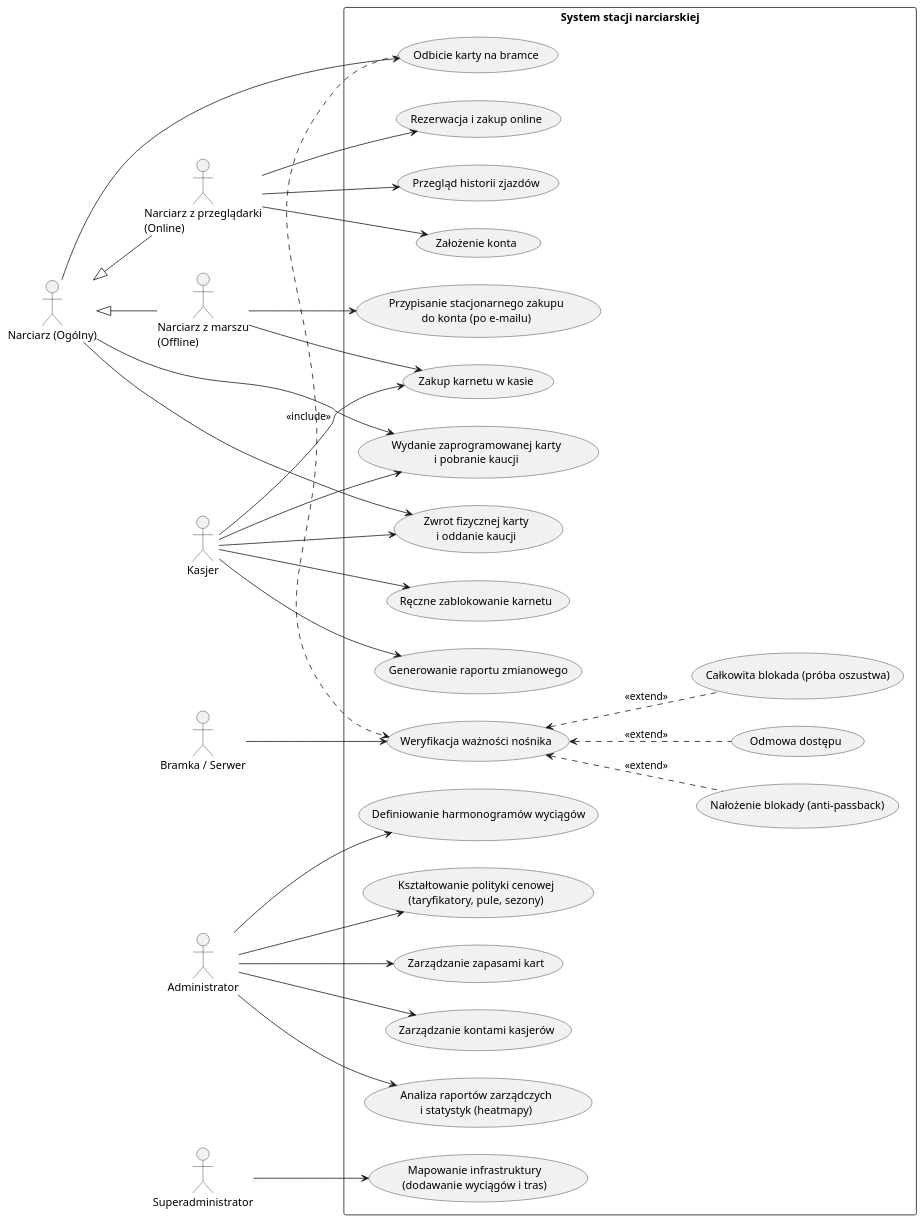
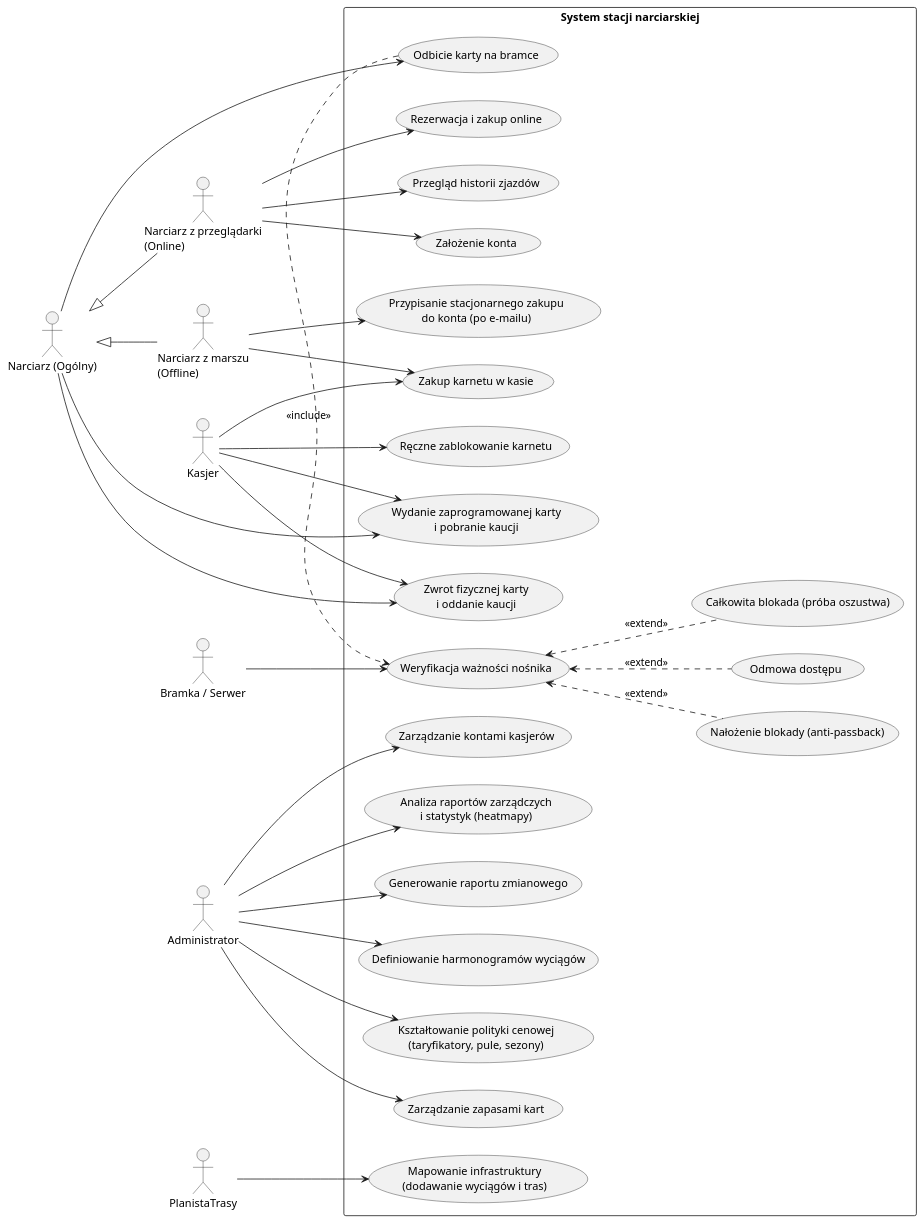
One commit to taf4you2/2026_TAB_7_WEGLORZ changed the diagram in Dokumentacja/diagram_przypadkow_uzycia.puml. Above: the diagram before and after it, drawn with PlantUML.

Commit message:
Kosmetyczna poprawka dpu

```diff
--- a/Dokumentacja/diagram_przypadkow_uzycia.puml
+++ b/Dokumentacja/diagram_przypadkow_uzycia.puml
@@ -1,90 +1,89 @@
 @startuml diagram_przypadkow_uzycia
 left to right direction
 skinparam packageStyle rectangle
 
 ' Definiuje aktorów systemu
 actor "Narciarz (Ogólny)" as Narciarz
 actor "Narciarz z przeglądarki\n(Online)" as NarciarzOnline
 actor "Narciarz z marszu\n(Offline)" as NarciarzOffline
 
 ' Ustawia dziedziczenie ról narciarzy
 NarciarzOnline -up-|> Narciarz
 NarciarzOffline -up-|> Narciarz
 
 actor "Kasjer" as Kasjer
 actor "Bramka / Serwer" as Bramka
 actor "Administrator" as Admin
-actor "Superadministrator" as SuperAdmin
+actor "PlanistaTrasy" as SuperAdmin
 
 package "System stacji narciarskiej" {
-    
+
     ' Przypadki użycia dla operacji online
     usecase "Założenie konta" as UC_Konto
     usecase "Rezerwacja i zakup online" as UC_KupOnline
     usecase "Przegląd historii zjazdów" as UC_Historia
-    
+
     ' Przypadki użycia dla operacji stacjonarnych
     usecase "Zakup karnetu w kasie" as UC_KupKasa
     usecase "Przypisanie stacjonarnego zakupu\ndo konta (po e-mailu)" as UC_Przypisz
-    
+
     usecase "Wydanie zaprogramowanej karty\ni pobranie kaucji" as UC_WydanieKarty
     usecase "Zwrot fizycznej karty\ni oddanie kaucji" as UC_ZwrotKarty
-    
+
     ' Przypadki użycia dla operacji kasjerskich
     usecase "Ręczne zablokowanie karnetu" as UC_BlokadaReczna
     usecase "Generowanie raportu zmianowego" as UC_RaportZmianowy
-    
+
     ' Przypadki użycia dla operacji na wyciągu (bramki)
     usecase "Odbicie karty na bramce" as UC_Odbicie
     usecase "Weryfikacja ważności nośnika" as UC_Weryfikacja
     usecase "Nałożenie blokady (anti-passback)" as UC_AntiPassback
     usecase "Odmowa dostępu" as UC_Odmowa
     usecase "Całkowita blokada (próba oszustwa)" as UC_BlokadaOszustwo
-    
+
     ' Przypadki użycia dla ról zarządczych
     usecase "Definiowanie harmonogramów wyciągów" as UC_Harmonogram
     usecase "Kształtowanie polityki cenowej\n(taryfikatory, pule, sezony)" as UC_Cenniki
     usecase "Zarządzanie zapasami kart" as UC_PulaKart
     usecase "Zarządzanie kontami kasjerów" as UC_KontaKasjerow
     usecase "Analiza raportów zarządczych\ni statystyk (heatmapy)" as UC_RaportyAdmin
-    
+
     usecase "Mapowanie infrastruktury\n(dodawanie wyciągów i tras)" as UC_Infrastruktura
 }
 
 ' Łączy aktorów z przypadkami użycia (Narciarz)
 NarciarzOnline --> UC_Konto
 NarciarzOnline --> UC_KupOnline
 NarciarzOnline --> UC_Historia
 
 NarciarzOffline --> UC_KupKasa
 NarciarzOffline --> UC_Przypisz
 
 Narciarz --> UC_WydanieKarty
 Narciarz --> UC_ZwrotKarty
 Narciarz --> UC_Odbicie
 
 ' Łączy aktorów z przypadkami użycia (Kasjer)
 Kasjer --> UC_KupKasa
 Kasjer --> UC_WydanieKarty
 Kasjer --> UC_ZwrotKarty
 Kasjer --> UC_BlokadaReczna
-Kasjer --> UC_RaportZmianowy
 
 ' Łączy logikę bramek
 UC_Odbicie .> UC_Weryfikacja : <<include>>
 Bramka --> UC_Weryfikacja
 
 UC_Weryfikacja <.. UC_AntiPassback : <<extend>>
 UC_Weryfikacja <.. UC_Odmowa : <<extend>>
 UC_Weryfikacja <.. UC_BlokadaOszustwo : <<extend>>
 
 ' Łączy role administracyjne
 Admin --> UC_Harmonogram
 Admin --> UC_Cenniki
 Admin --> UC_PulaKart
 Admin --> UC_KontaKasjerow
 Admin --> UC_RaportyAdmin
-
+Admin --> UC_RaportZmianowy
 SuperAdmin --> UC_Infrastruktura
 
 @enduml
```
